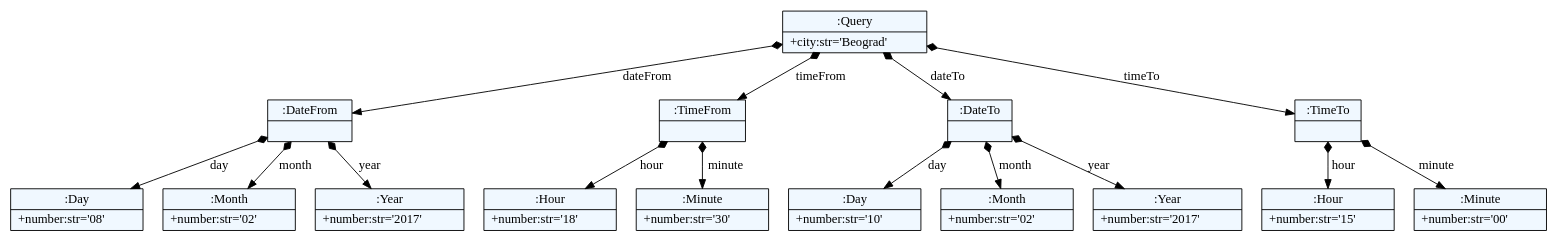
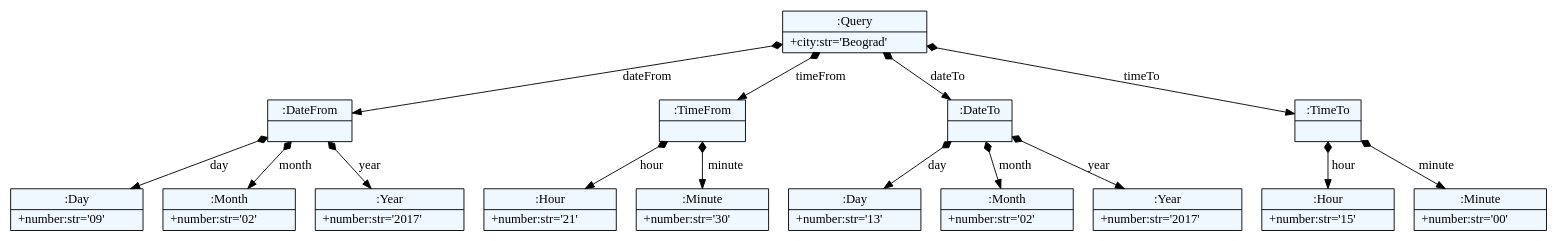
The diagram in textXGrammar/test.dot (ftnE2-tim1-2016-17/jsd), drawn with Graphviz before and after one commit. The commit also changed 8 other files, not shown here.

```diff
--- a/textXGrammar/test.dot
+++ b/textXGrammar/test.dot
@@ -1,44 +1,44 @@
 
     digraph xtext {
     fontname = "Bitstream Vera Sans"
     fontsize = 8
     node[
         shape=record,
         style=filled,
         fillcolor=aliceblue
     ]
     nodesep = 0.3
     edge[dir=black,arrowtail=empty]
 
 
-58640080 -> 58639088 [label="dateFrom" arrowtail=diamond dir=both]
-58639088 -> 58640400 [label="day" arrowtail=diamond dir=both]
-58640400[label="{:Day|+number:str='08'\l}"]
-58639088 -> 58640432 [label="month" arrowtail=diamond dir=both]
-58640432[label="{:Month|+number:str='02'\l}"]
-58639088 -> 58640464 [label="year" arrowtail=diamond dir=both]
-58640464[label="{:Year|+number:str='2017'\l}"]
-58639088[label="{:DateFrom|}"]
-58640080 -> 58639696 [label="timeFrom" arrowtail=diamond dir=both]
-58639696 -> 58640560 [label="hour" arrowtail=diamond dir=both]
-58640560[label="{:Hour|+number:str='18'\l}"]
-58639696 -> 58640592 [label="minute" arrowtail=diamond dir=both]
-58640592[label="{:Minute|+number:str='30'\l}"]
-58639696[label="{:TimeFrom|}"]
-58640080 -> 58638992 [label="dateTo" arrowtail=diamond dir=both]
-58638992 -> 58640656 [label="day" arrowtail=diamond dir=both]
-58640656[label="{:Day|+number:str='10'\l}"]
-58638992 -> 58640688 [label="month" arrowtail=diamond dir=both]
-58640688[label="{:Month|+number:str='02'\l}"]
-58638992 -> 58640624 [label="year" arrowtail=diamond dir=both]
-58640624[label="{:Year|+number:str='2017'\l}"]
-58638992[label="{:DateTo|}"]
-58640080 -> 58640528 [label="timeTo" arrowtail=diamond dir=both]
-58640528 -> 58640784 [label="hour" arrowtail=diamond dir=both]
-58640784[label="{:Hour|+number:str='15'\l}"]
-58640528 -> 58640816 [label="minute" arrowtail=diamond dir=both]
-58640816[label="{:Minute|+number:str='00'\l}"]
-58640528[label="{:TimeTo|}"]
-58640080[label="{:Query|+city:str='Beograd'\l}"]
+68115216 -> 68115632 [label="dateFrom" arrowtail=diamond dir=both]
+68115632 -> 68115696 [label="day" arrowtail=diamond dir=both]
+68115696[label="{:Day|+number:str='09'\l}"]
+68115632 -> 68115728 [label="month" arrowtail=diamond dir=both]
+68115728[label="{:Month|+number:str='02'\l}"]
+68115632 -> 68115760 [label="year" arrowtail=diamond dir=both]
+68115760[label="{:Year|+number:str='2017'\l}"]
+68115632[label="{:DateFrom|}"]
+68115216 -> 68115600 [label="timeFrom" arrowtail=diamond dir=both]
+68115600 -> 68115856 [label="hour" arrowtail=diamond dir=both]
+68115856[label="{:Hour|+number:str='21'\l}"]
+68115600 -> 68115888 [label="minute" arrowtail=diamond dir=both]
+68115888[label="{:Minute|+number:str='30'\l}"]
+68115600[label="{:TimeFrom|}"]
+68115216 -> 68115664 [label="dateTo" arrowtail=diamond dir=both]
+68115664 -> 68115952 [label="day" arrowtail=diamond dir=both]
+68115952[label="{:Day|+number:str='13'\l}"]
+68115664 -> 68115984 [label="month" arrowtail=diamond dir=both]
+68115984[label="{:Month|+number:str='02'\l}"]
+68115664 -> 68115920 [label="year" arrowtail=diamond dir=both]
+68115920[label="{:Year|+number:str='2017'\l}"]
+68115664[label="{:DateTo|}"]
+68115216 -> 68115824 [label="timeTo" arrowtail=diamond dir=both]
+68115824 -> 68116080 [label="hour" arrowtail=diamond dir=both]
+68116080[label="{:Hour|+number:str='15'\l}"]
+68115824 -> 68116112 [label="minute" arrowtail=diamond dir=both]
+68116112[label="{:Minute|+number:str='00'\l}"]
+68115824[label="{:TimeTo|}"]
+68115216[label="{:Query|+city:str='Beograd'\l}"]
 
 }
```
